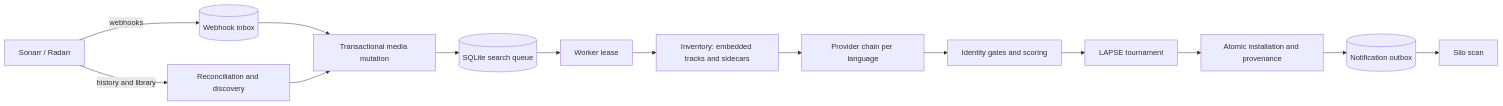
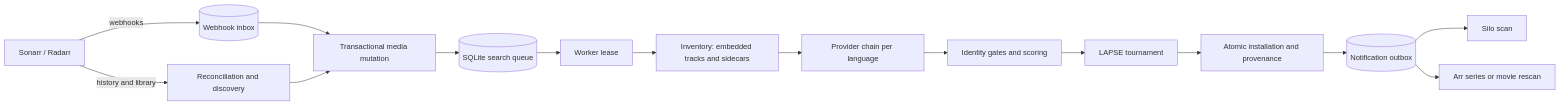
Before and after one commit to tomislav/subsyncd: the diagram in docs/architecture.md, drawn with Mermaid. The commit also changed other lines of this file and 27 other files, not shown here.

````diff
--- a/docs/architecture.md
+++ b/docs/architecture.md
@@ -5,13 +5,14 @@
 ```mermaid
 flowchart LR
     arr[Sonarr / Radarr] -- webhooks --> inbox[(Webhook inbox)] --> mut
     arr -- history and library --> recon[Reconciliation and discovery] --> mut
     mut[Transactional media mutation] --> queue[(SQLite search queue)]
     queue --> worker[Worker lease]
     worker --> inv[Inventory: embedded tracks and sidecars]
     inv --> prov[Provider chain per language]
     prov --> score[Identity gates and scoring]
     score --> lapse[LAPSE tournament]
     lapse --> install[Atomic installation and provenance]
     install --> outbox[(Notification outbox)] --> silo[Silo scan]
+    outbox --> rescan[Arr series or movie rescan]
 ```
````
